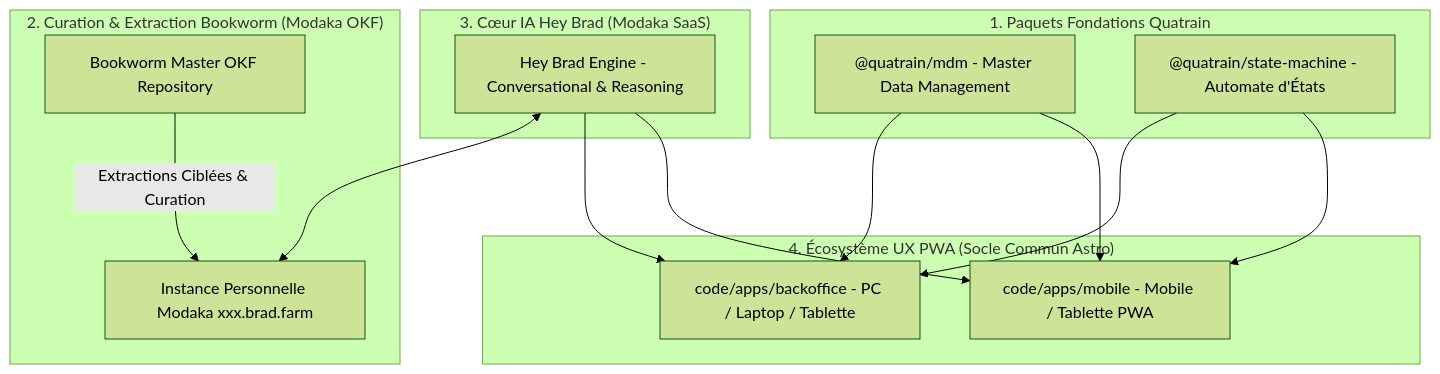
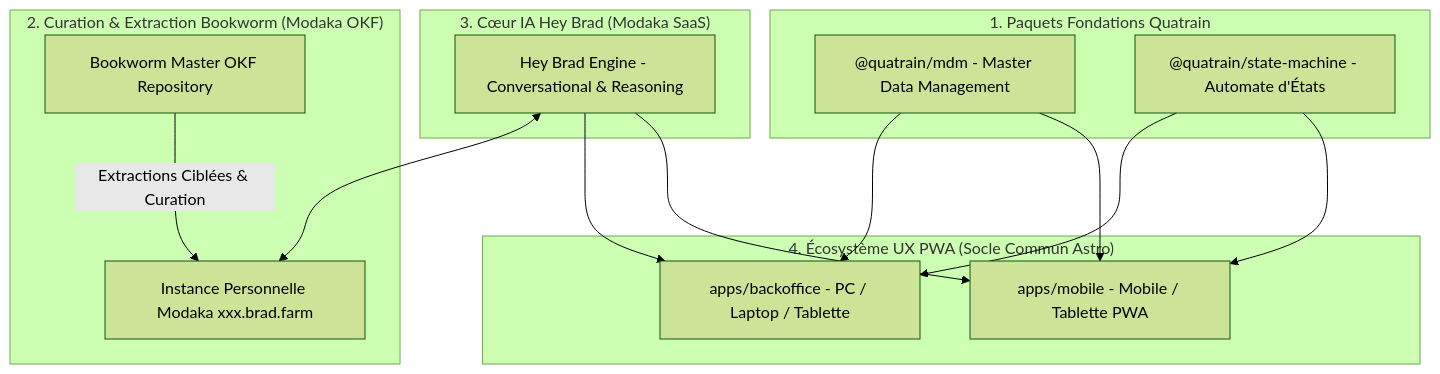
One commit to bradtech-oss/stack changed the diagram in docs/architecture/SIDE_ROADMAP_AND_UX.fr.md. Above: the diagram before and after it, drawn with Mermaid (forest theme). The commit also changed other lines of this file and 12 other files, not shown here.

````diff
--- a/docs/architecture/SIDE_ROADMAP_AND_UX.fr.md
+++ b/docs/architecture/SIDE_ROADMAP_AND_UX.fr.md
@@ -14,27 +14,27 @@
 ```mermaid
 graph TD
     subgraph CorePackages ["1. Paquets Fondations Quatrain"]
         MDM["@quatrain/mdm - Master Data Management"]
         FSM["@quatrain/state-machine - Automate d'États"]
     end
 
     subgraph BookwormCuration ["2. Curation & Extraction Bookworm (Modaka OKF)"]
         BookwormMaster["Bookworm Master OKF Repository"] -->|Extractions Ciblées & Curation| TenantModaka["Instance Personnelle Modaka xxx.brad.farm"]
     end
 
     subgraph HeyBradCoreGroup ["3. Cœur IA Hey Brad (Modaka SaaS)"]
         HeyBradCore["Hey Brad Engine - Conversational & Reasoning"] <--> TenantModaka
     end
 
     subgraph UXEcosystem ["4. Écosystème UX PWA (Socle Commun Astro)"]
-        BackofficeApp["code/apps/backoffice - PC / Laptop / Tablette"]
-        MobileApp["code/apps/mobile - Mobile / Tablette PWA"]
+        BackofficeApp["apps/backoffice - PC / Laptop / Tablette"]
+        MobileApp["apps/mobile - Mobile / Tablette PWA"]
     end
 
     MDM --> BackofficeApp
     MDM --> MobileApp
     FSM --> BackofficeApp
     FSM --> MobileApp
     HeyBradCore --> BackofficeApp
     HeyBradCore --> MobileApp
 ```
````
